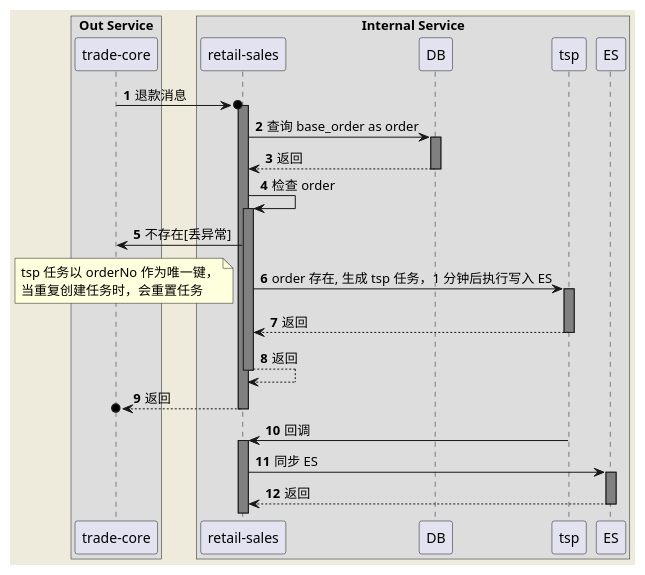
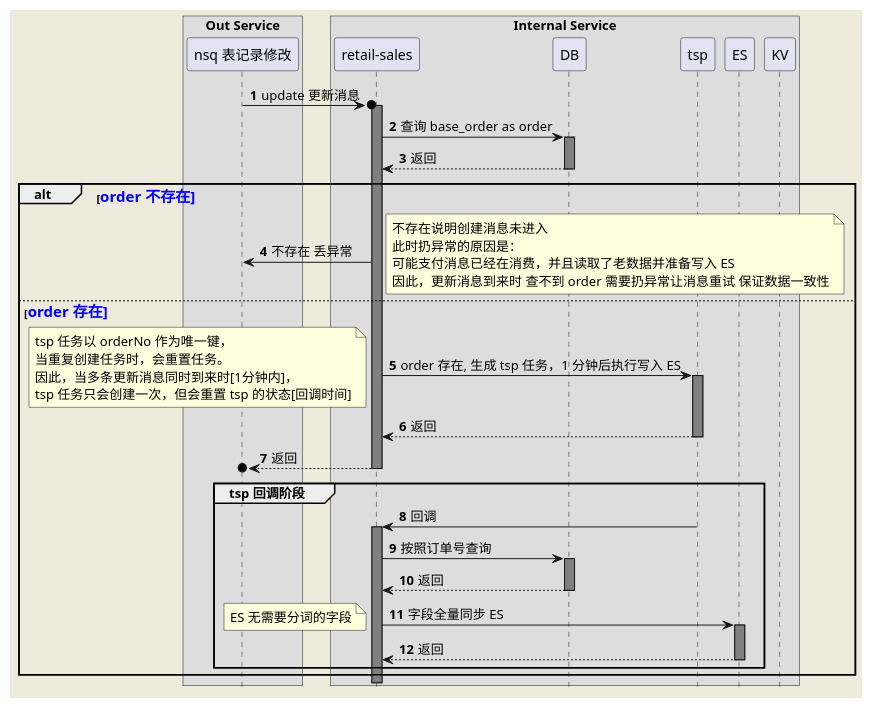
The diagram in src/main/resources/plants/导购/业绩明细接入ES/ES退款更新逻辑.puml (xauvlove/todo), drawn with PlantUML before and after one commit. The commit also changed 5 other files, not shown here.

```diff
--- a/src/main/resources/plants/导购/业绩明细接入ES/ES退款更新逻辑.puml
+++ b/src/main/resources/plants/导购/业绩明细接入ES/ES退款更新逻辑.puml
@@ -1,51 +1,69 @@
 @startuml
 'https://plantuml.com/sequence-diagram
-
+hide footbox
 skinparam backgroundColor #EEEBDC
 
 skinparam sequence {
     LifeLineBackgroundColor grey
 }
 
 autonumber
 
 box "Out Service"
-participant "trade-core" as trade
+participant "nsq 表记录修改" as update
 end box
 
 box "Internal Service"
 participant "retail-sales" as sales
 participant "DB" as db
 participant "tsp" as tsp
 participant "ES" as es
+participant "KV" as kv
 end box
 
-trade ->o sales : 退款消息
+update ->o sales : update 更新消息
 activate sales
 
 sales -> db : 查询 base_order as order
 activate db
 return 返回
 
-sales -> sales : 检查 order
-activate sales
-sales -> trade : 不存在[丢异常]
+alt <font size=15 color=blue>order 不存在<b>
+
+sales -> update : 不存在 丢异常
+note right
+    不存在说明创建消息未进入
+    此时扔异常的原因是：
+    可能支付消息已经在消费，并且读取了老数据并准备写入 ES
+    因此，更新消息到来时 查不到 order 需要扔异常让消息重试 保证数据一致性
+end note
+else <font size=15 color=blue>order 存在<b>
 
 sales -> tsp : order 存在, 生成 tsp 任务，1 分钟后执行写入 ES
 note left
     tsp 任务以 orderNo 作为唯一键，
-    当重复创建任务时，会重置任务
+    当重复创建任务时，会重置任务。
+    因此，当多条更新消息同时到来时[1分钟内]，
+    tsp 任务只会创建一次，但会重置 tsp 的状态[回调时间]
 end note
 activate tsp
 return 返回
 return 返回
-return 返回
 
-tsp -> sales : 回调
-activate sales
+group tsp 回调阶段
+    tsp -> sales : 回调
+    activate sales
 
-sales -> es : 同步 ES
-activate es
-return 返回
+    sales -> db : 按照订单号查询
+    activate db
+    return 返回
 
+    sales -> es : 字段全量同步 ES
+    note left
+        ES 无需要分词的字段
+    end note
+    activate es
+    return 返回
+end
+end
 @enduml
```
